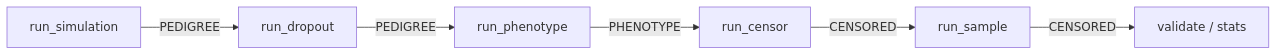
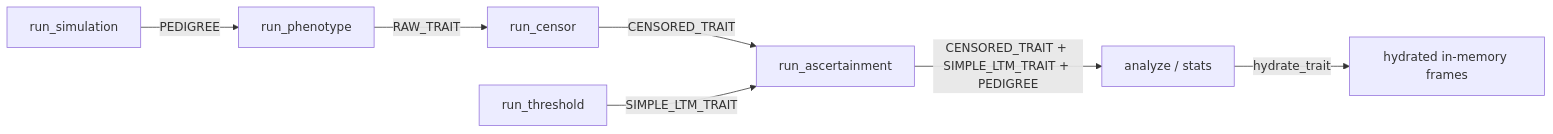
The diagram in docs/concepts/pipeline-schema.md (rwaples/simACE), drawn with Mermaid before and after one commit. The commit also changed other lines of this file and 24 other files, not shown here.

````diff
--- a/docs/concepts/pipeline-schema.md
+++ b/docs/concepts/pipeline-schema.md
@@ -58,8 +89,9 @@
 ```mermaid
 flowchart LR
-    sim[run_simulation] -- PEDIGREE --> drop[run_dropout]
-    drop -- PEDIGREE --> phen[run_phenotype]
-    phen -- PHENOTYPE --> cen[run_censor]
-    cen -- CENSORED --> samp[run_sample]
-    samp -- CENSORED --> stats[validate / stats]
+    sim[run_simulation] -- PEDIGREE --> phen[run_phenotype]
+    phen -- RAW_TRAIT --> cen[run_censor]
+    cen -- CENSORED_TRAIT --> asc[run_ascertainment]
+    phen2[run_threshold] -- SIMPLE_LTM_TRAIT --> asc
+    asc -- CENSORED_TRAIT + SIMPLE_LTM_TRAIT + PEDIGREE --> ana[analyze / stats]
+    ana -- hydrate_trait --> hyd[hydrated in-memory frames]
 ```
````
